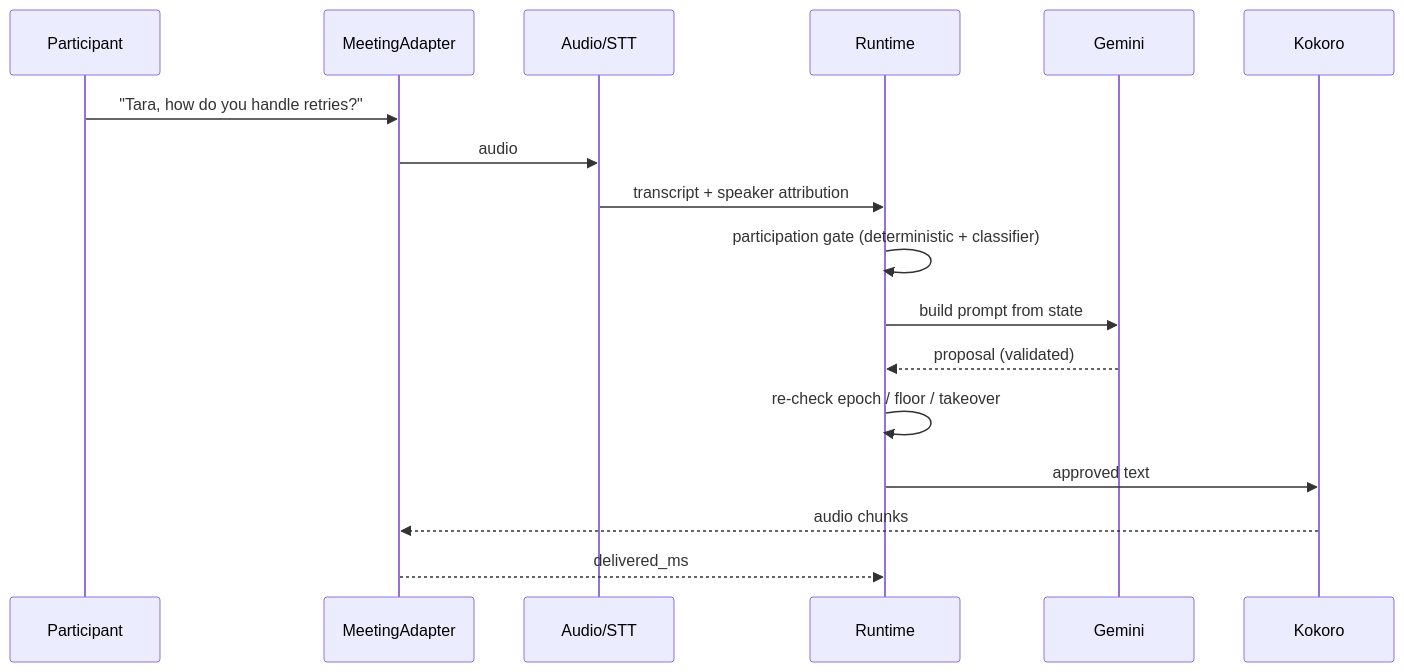
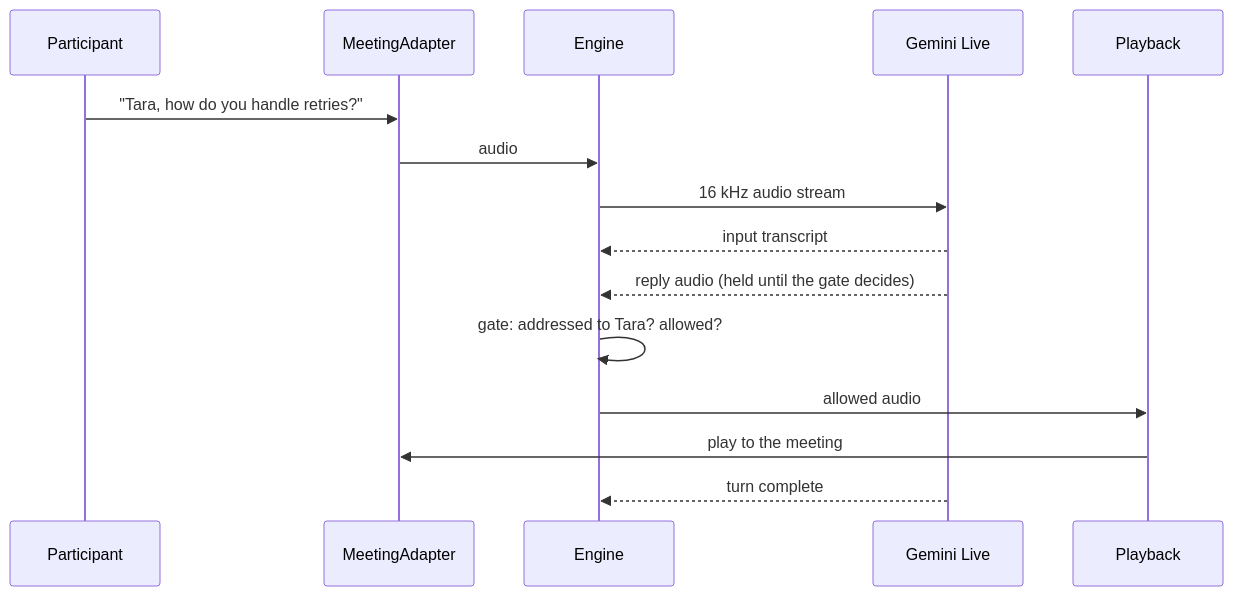
One commit to CalebPiusC/Tara changed the second of 3 diagrams in README.md. Above: the diagram before and after it, drawn with Mermaid. The commit also changed other lines of this file and 103 other files, not shown here.

Commit message:
tara core engine

````diff
--- a/README.md
+++ b/README.md
@@ -46,19 +56,17 @@
 ```mermaid
 sequenceDiagram
   participant P as Participant
   participant M as MeetingAdapter
-  participant A as Audio/STT
-  participant R as Runtime
-  participant G as Gemini
-  participant T as Kokoro
+  participant E as Engine
+  participant G as Gemini Live
+  participant B as Playback
   P->>M: "Tara, how do you handle retries?"
-  M->>A: audio
-  A->>R: transcript + speaker attribution
-  R->>R: participation gate (deterministic + classifier)
-  R->>G: build prompt from state
-  G-->>R: proposal (validated)
-  R->>R: re-check epoch / floor / takeover
-  R->>T: approved text
-  T-->>M: audio chunks
-  M-->>R: delivered_ms
+  M->>E: audio
+  E->>G: 16 kHz audio stream
+  G-->>E: input transcript
+  G-->>E: reply audio (held until the gate decides)
+  E->>E: gate: addressed to Tara? allowed?
+  E->>B: allowed audio
+  B->>M: play to the meeting
+  G-->>E: turn complete
 ```
````
